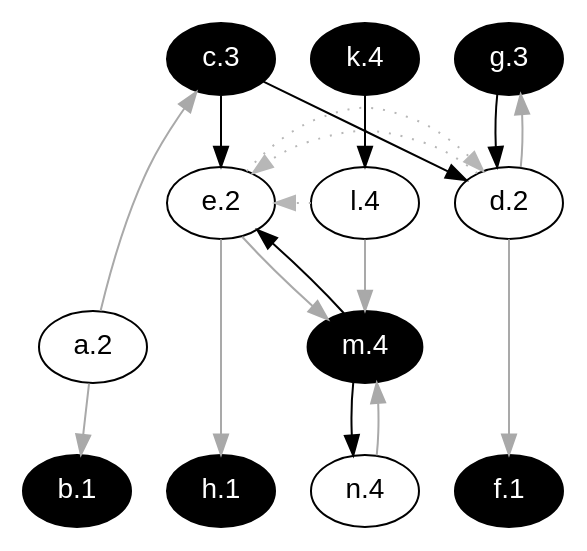
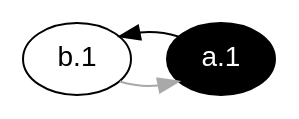
One commit to idaks/Games-and-Argumentation changed the diagram in lib/graphs/kernel_pw1_graph_colored.dot. Above: the diagram before and after it, drawn with Graphviz. The commit also changed 26 other files, not shown here.

```diff
--- a/lib/graphs/kernel_pw1_graph_colored.dot
+++ b/lib/graphs/kernel_pw1_graph_colored.dot
@@ -1,41 +1,14 @@
 digraph G {
   rankdir="TB"
   node [shape=oval style=filled fontname=Helvetica fontsize=14]
   node [fillcolor="#ffffff" fontcolor="#000000"] 
-       a[label="a.2"] 
-       l[label="l.4"] 
-       d[label="d.2"] 
-       e[label="e.2"] 
-       n[label="n.4"]
+       b[label="b.1"]
   node [fillcolor="#000000" fontcolor="#ffffff"] 
-       c[label="c.3"] 
-       b[label="b.1"] 
-       k[label="k.4"] 
-       m[label="m.4"] 
-       f[label="f.1"] 
-       g[label="g.3"] 
-       h[label="h.1"]
+       a[label="a.1"]
   edge [dir=forward color="#A9A9A9" style="solid"]
-        "a" -> "c" 
+        "b" -> "a" 
+  edge [dir=forward color="#000000" style="solid"]
         "a" -> "b" 
-        "l" -> "m" 
-        "e" -> "m" 
-        "d" -> "f" 
-        "d" -> "g" 
-        "e" -> "h" 
-        "n" -> "m" 
-  edge [dir=forward color="#000000" style="solid"]
-        "k" -> "l" 
-        "c" -> "d" 
-        "c" -> "e" 
-        "m" -> "e" 
-        "g" -> "d" 
-        "m" -> "n" 
-  edge [dir=forward color="#b7b7b7" style="dotted" constraint=false]
-        "l" -> "e" 
-        "d" -> "e" 
-        "e" -> "d" 
 
-  {rank = max b f h}
-  {rank = min c g}
+  {rank = max b a}
 }
```
